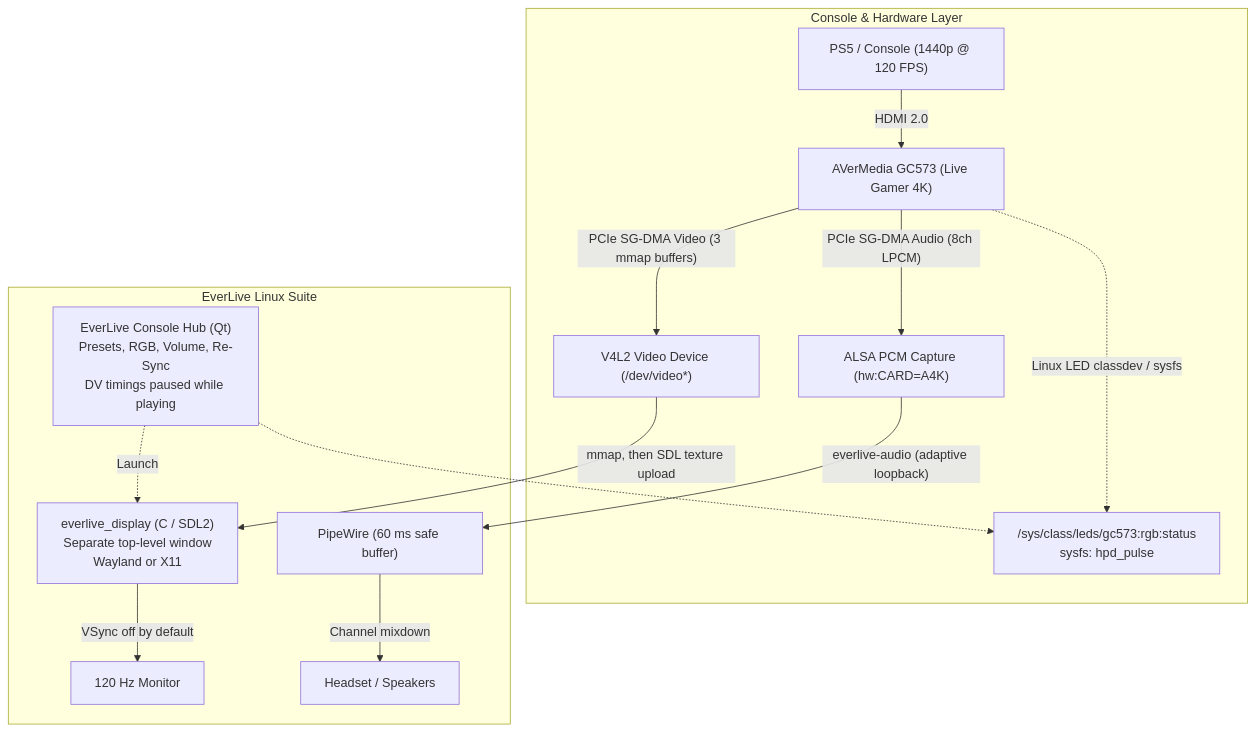
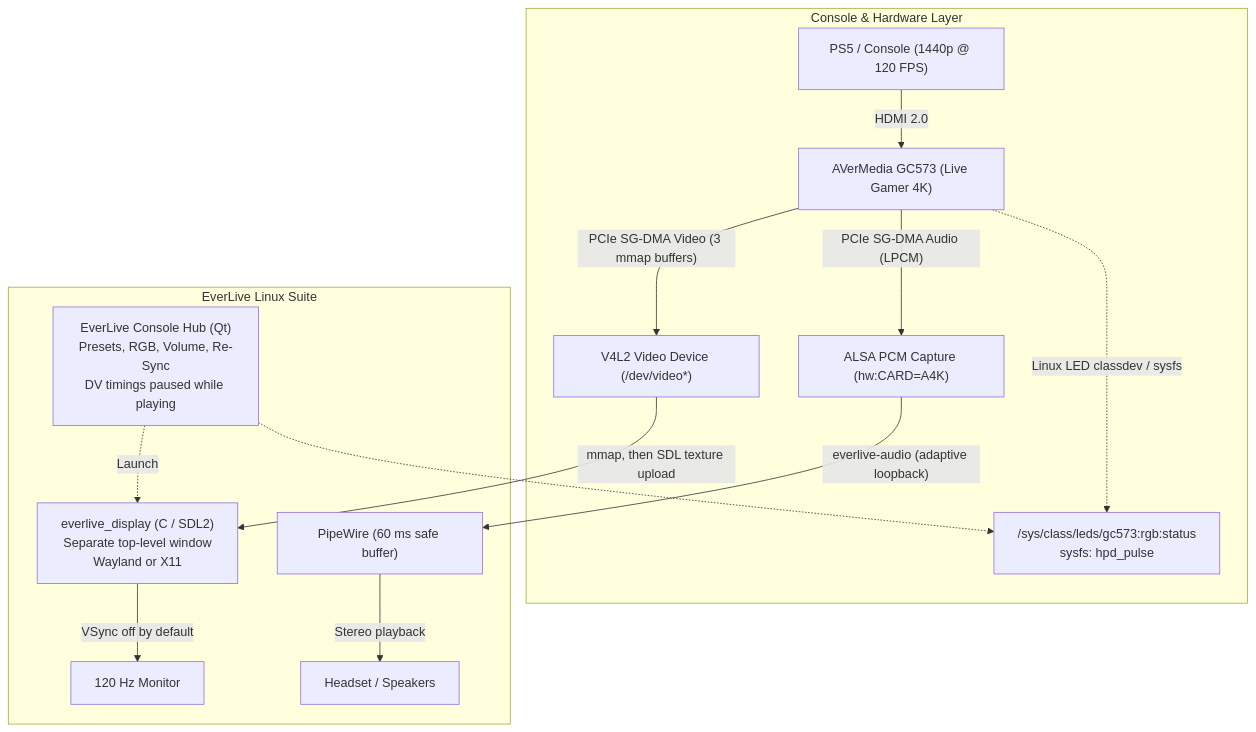
Before and after one commit to Everlite/EverLive: the diagram in README.md, drawn with Mermaid. The commit also changed other lines of this file and 4 other files, not shown here.

````diff
--- a/README.md
+++ b/README.md
@@ -125,21 +125,21 @@
 ```mermaid
 flowchart TD
   subgraph Hardware["Console & Hardware Layer"]
     ps5["PS5 / Console (1440p @ 120 FPS)"] -->|HDMI 2.0| gc573["AVerMedia GC573 (Live Gamer 4K)"]
     gc573 -->|"PCIe SG-DMA Video (3 mmap buffers)"| v4l2["V4L2 Video Device (/dev/video*)"]
-    gc573 -->|"PCIe SG-DMA Audio (8ch LPCM)"| alsa["ALSA PCM Capture (hw:CARD=A4K)"]
+    gc573 -->|"PCIe SG-DMA Audio (LPCM)"| alsa["ALSA PCM Capture (hw:CARD=A4K)"]
     gc573 -.->|"Linux LED classdev / sysfs"| sysfs["/sys/class/leds/gc573:rgb:status<br/>sysfs: hpd_pulse"]
   end
 
   subgraph EverLive["EverLive Linux Suite"]
     hub["EverLive Console Hub (Qt)<br/>Presets, RGB, Volume, Re-Sync<br/>DV timings paused while playing"]
     hub -.->|Launch| game["everlive_display (C / SDL2)<br/>Separate top-level window<br/>Wayland or X11"]
     hub -.-> sysfs
 
     v4l2 -->|"mmap, then SDL texture upload"| game
     game -->|"VSync off by default"| screen["120 Hz Monitor"]
 
     alsa -->|"everlive-audio (adaptive loopback)"| pw["PipeWire (60 ms safe buffer)"]
-    pw -->|Channel mixdown| speakers["Headset / Speakers"]
+    pw -->|Stereo playback| speakers["Headset / Speakers"]
   end
 ```
````
